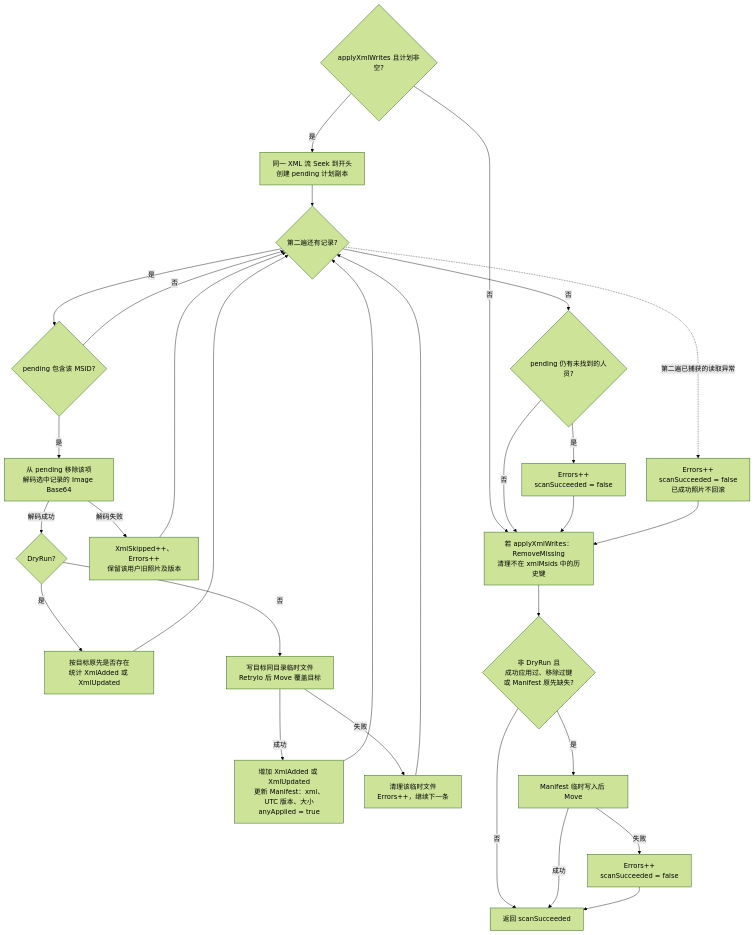
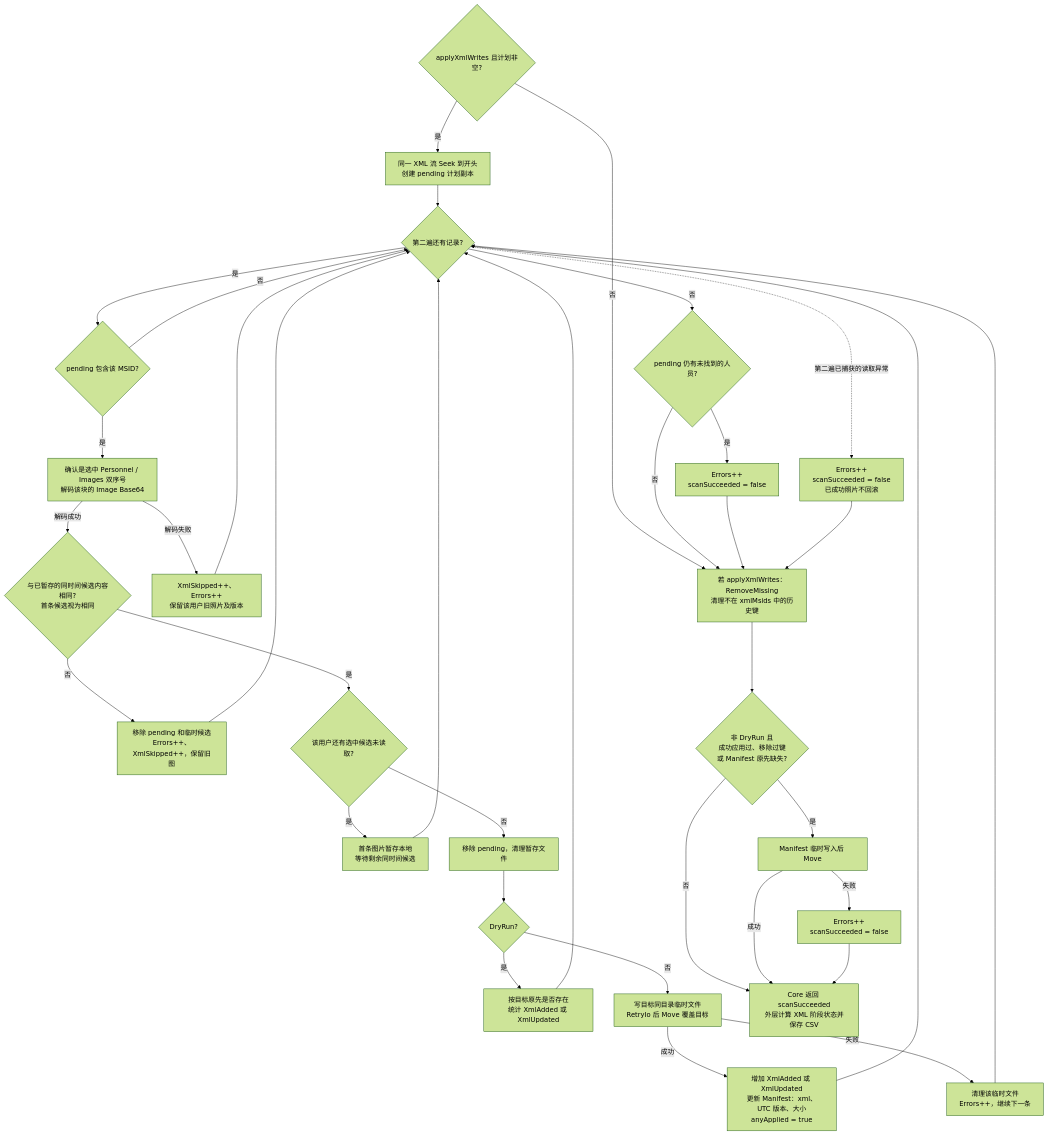
Before and after one commit to autotestpoc123/test123: the fourth of 6 diagrams in xml_import_photo.md, drawn with Mermaid (forest theme). The commit also changed other lines of this file and 7 other files, not shown here.

````diff
--- a/xml_import_photo.md
+++ b/xml_import_photo.md
@@ -245,31 +267,38 @@
 ```mermaid
 flowchart TD
     A{"applyXmlWrites 且计划非空?"} -- 否 --> CLEAN["若 applyXmlWrites：RemoveMissing<br/>清理不在 xmlMsids 中的历史键"]
     A -- 是 --> B["同一 XML 流 Seek 到开头<br/>创建 pending 计划副本"]
     B --> C{"第二遍还有记录?"}
     C -- 是 --> D{"pending 包含该 MSID?"}
     D -- 否 --> C
-    D -- 是 --> E["从 pending 移除该项<br/>解码选中记录的 Image Base64"]
+    D -- 是 --> E["确认是选中 Personnel / Images 双序号<br/>解码该块的 Image Base64"]
     E -- "解码失败" --> ERR["XmlSkipped++、Errors++<br/>保留该用户旧照片及版本"]
     ERR --> C
-    E -- "解码成功" --> F{"DryRun?"}
+    E -- "解码成功" --> T{"与已暂存的同时间候选内容相同?<br/>首条候选视为相同"}
+    T -- 否 --> CONFLICT["移除 pending 和临时候选<br/>Errors++、XmlSkipped++，保留旧图"]
+    CONFLICT --> C
+    T -- 是 --> LEFT{"该用户还有选中候选未读取?"}
+    LEFT -- 是 --> STAGE["首条图片暂存本地<br/>等待剩余同时间候选"]
+    STAGE --> C
+    LEFT -- 否 --> READY["移除 pending，清理暂存文件"]
+    READY --> F{"DryRun?"}
     F -- 是 --> DRY["按目标原先是否存在<br/>统计 XmlAdded 或 XmlUpdated"]
     DRY --> C
     F -- 否 --> G["写目标同目录临时文件<br/>RetryIo 后 Move 覆盖目标"]
     G -- "成功" --> H["增加 XmlAdded 或 XmlUpdated<br/>更新 Manifest：xml、UTC 版本、大小<br/>anyApplied = true"]
     H --> C
     G -- "失败" --> IO["清理该临时文件<br/>Errors++，继续下一条"]
     IO --> C
     C -- 否 --> P{"pending 仍有未找到的人员?"}
     P -- 是 --> BAD["Errors++<br/>scanSucceeded = false"]
     P -- 否 --> CLEAN
     BAD --> CLEAN
     C -. "第二遍已捕获的读取异常" .-> READERR["Errors++<br/>scanSucceeded = false<br/>已成功照片不回滚"]
     READERR --> CLEAN
     CLEAN --> SAVE{"非 DryRun 且<br/>成功应用过、移除过键<br/>或 Manifest 原先缺失?"}
-    SAVE -- 否 --> RETURN["返回 scanSucceeded"]
+    SAVE -- 否 --> RETURN["Core 返回 scanSucceeded<br/>外层计算 XML 阶段状态并保存 CSV"]
     SAVE -- 是 --> WRITE["Manifest 临时写入后 Move"]
     WRITE -- "成功" --> RETURN
     WRITE -- "失败" --> SAVEERR["Errors++<br/>scanSucceeded = false"]
     SAVEERR --> RETURN
 ```
````
